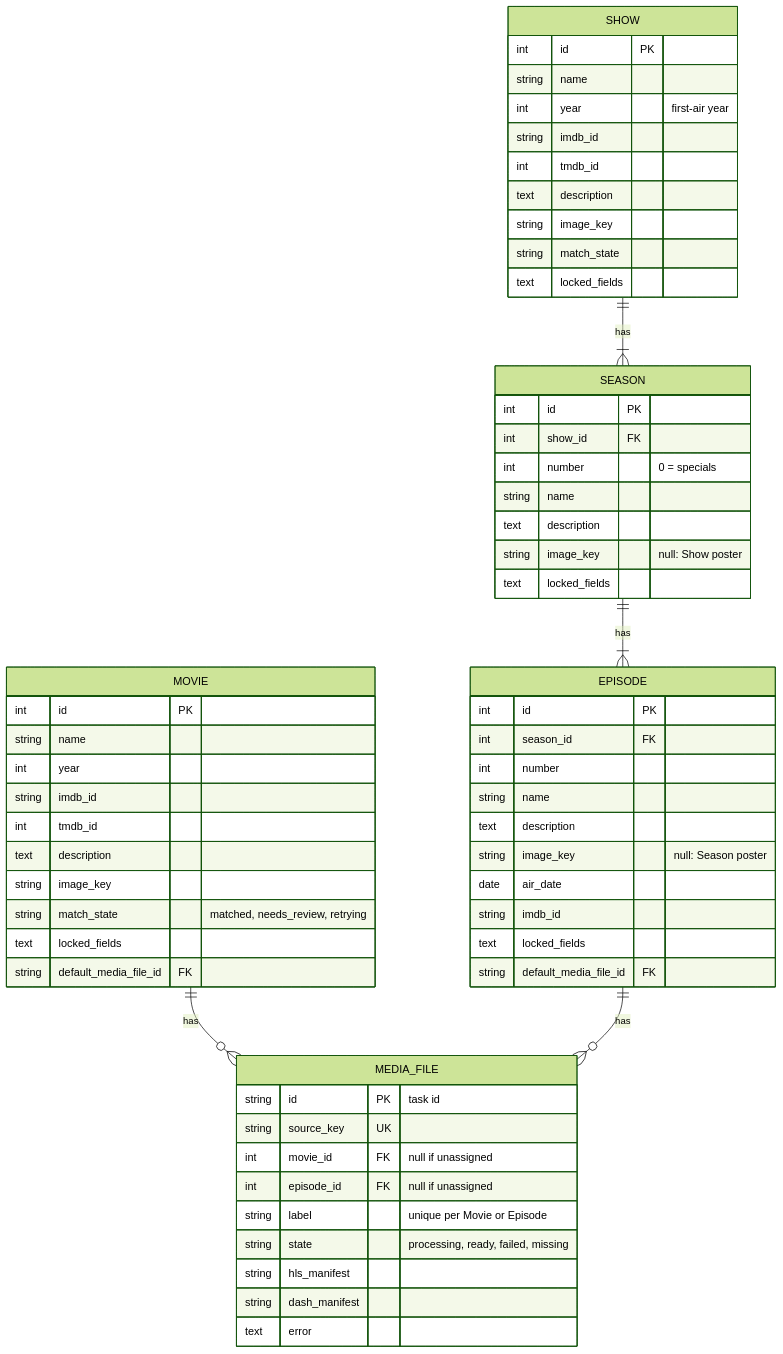
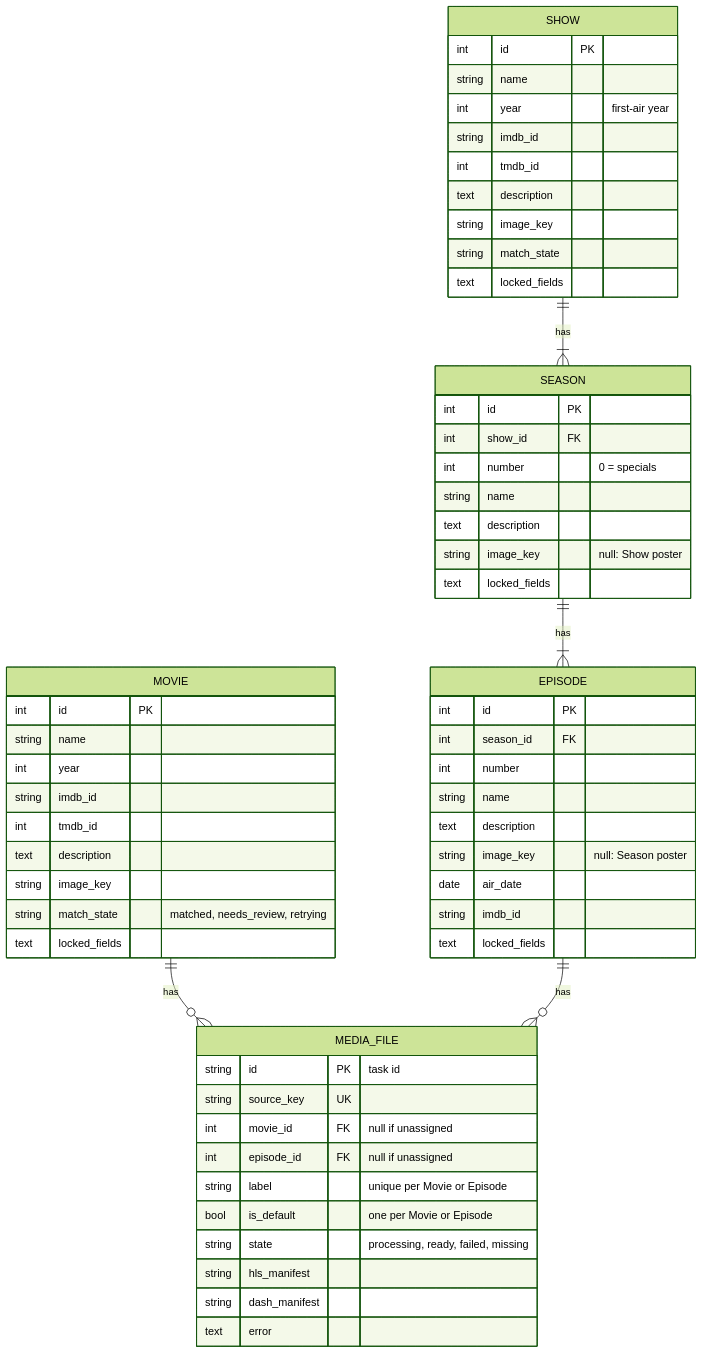
Before and after one commit to Domeimeie/DodoGlass: the fourth of 4 diagrams in docs/architecture/asset-server.md, drawn with Mermaid (forest theme). The commit also changed other lines of this file and 1 other file, not shown here.

Commit message:
Document several Media files per Movie, Labels and the default flag

````diff
--- a/docs/architecture/asset-server.md
+++ b/docs/architecture/asset-server.md
@@ -171,63 +178,62 @@
 ```mermaid
 erDiagram
     MOVIE ||--o{ MEDIA_FILE : has
     SHOW ||--|{ SEASON : has
     SEASON ||--|{ EPISODE : has
     EPISODE ||--o{ MEDIA_FILE : has
 
     MOVIE {
         int id PK
         string name
         int year
         string imdb_id
         int tmdb_id
         text description
         string image_key
         string match_state "matched, needs_review, retrying"
         text locked_fields
-        string default_media_file_id FK
     }
     SHOW {
         int id PK
         string name
         int year "first-air year"
         string imdb_id
         int tmdb_id
         text description
         string image_key
         string match_state
         text locked_fields
     }
     SEASON {
         int id PK
         int show_id FK
         int number "0 = specials"
         string name
         text description
         string image_key "null: Show poster"
         text locked_fields
     }
     EPISODE {
         int id PK
         int season_id FK
         int number
         string name
         text description
         string image_key "null: Season poster"
         date air_date
         string imdb_id
         text locked_fields
-        string default_media_file_id FK
     }
     MEDIA_FILE {
         string id PK "task id"
         string source_key UK
         int movie_id FK "null if unassigned"
         int episode_id FK "null if unassigned"
         string label "unique per Movie or Episode"
+        bool is_default "one per Movie or Episode"
         string state "processing, ready, failed, missing"
         string hls_manifest
         string dash_manifest
         text error
     }
 ```
````
